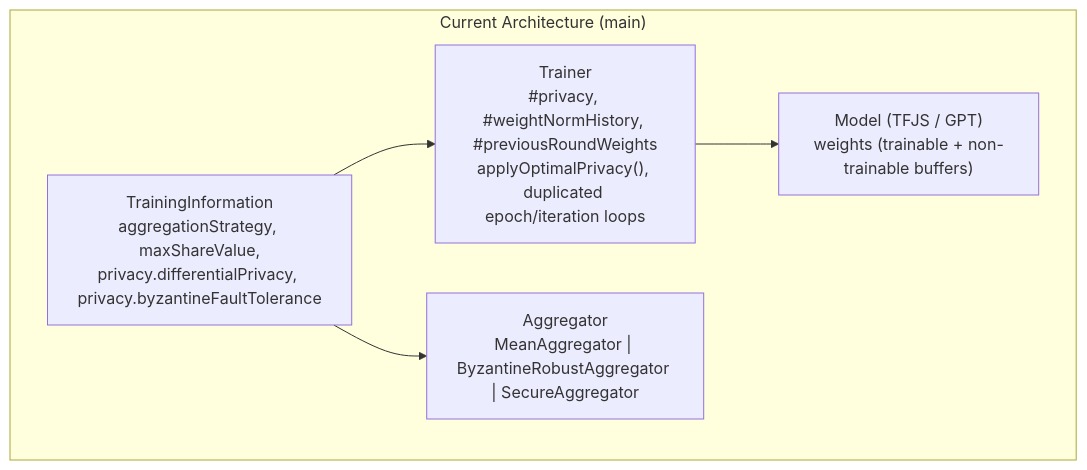
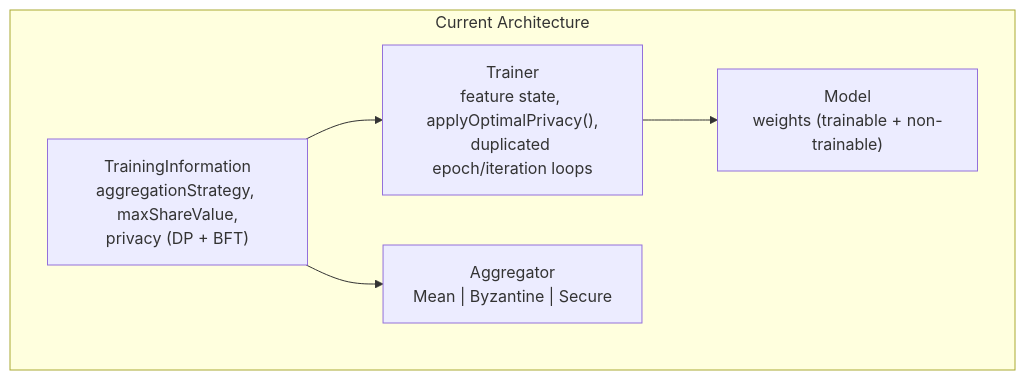
Before and after one commit to epfml/disco: the first of 3 diagrams in docs/TRAINING_ARCHITECTURE.md, drawn with Mermaid. The commit also changed other lines of this file, not shown here.

````diff
--- a/docs/TRAINING_ARCHITECTURE.md
+++ b/docs/TRAINING_ARCHITECTURE.md
@@ -16,13 +16,13 @@
 ```mermaid
 flowchart TD
-    subgraph Current["Current Architecture (main)"]
-        TI["TrainingInformation<br/>aggregationStrategy, maxShareValue,<br/>privacy.differentialPrivacy, privacy.byzantineFaultTolerance"]
-        TR["Trainer<br/>#privacy, #weightNormHistory, #previousRoundWeights<br/>applyOptimalPrivacy(), duplicated epoch/iteration loops"]
-        AGG["Aggregator<br/>MeanAggregator | ByzantineRobustAggregator | SecureAggregator"]
-        MDL["Model (TFJS / GPT)<br/>weights (trainable + non-trainable buffers)"]
+    subgraph Current["Current Architecture"]
+        TI["TrainingInformation<br/>aggregationStrategy, maxShareValue,<br/>privacy (DP + BFT)"]
+        TR["Trainer<br/>feature state, applyOptimalPrivacy(),<br/>duplicated epoch/iteration loops"]
+        AGG["Aggregator<br/>Mean | Byzantine | Secure"]
+        MDL["Model<br/>weights (trainable + non-trainable)"]
 
         TI --> TR
         TI --> AGG
         TR --> MDL
     end
 ```
````
